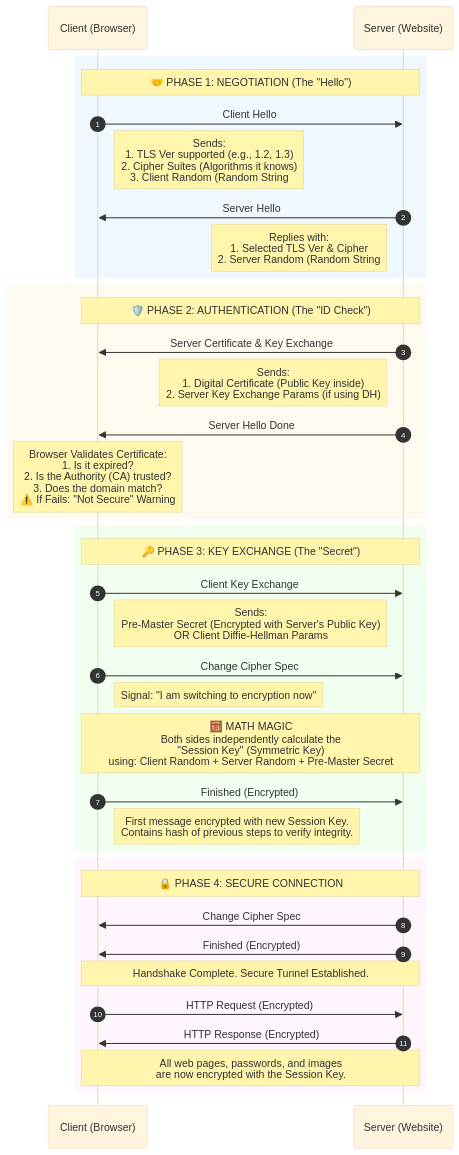
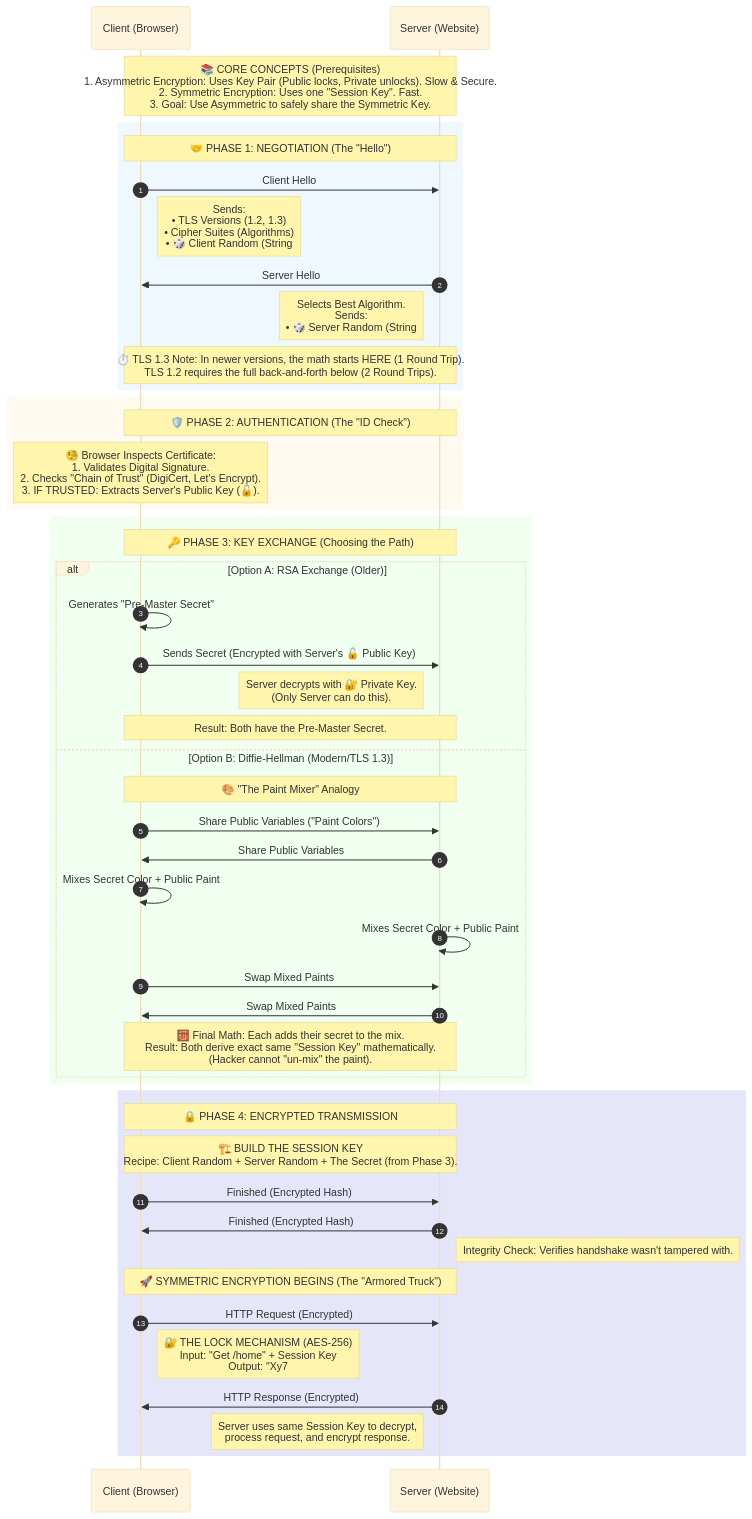
One commit to pritom169/sysdesign changed the sixth of 6 diagrams in README.md. Above: the diagram before and after it, drawn with Mermaid (base theme).

Commit message:
[FIX] Mermaid graph

````diff
--- a/README.md
+++ b/README.md
@@ -1471,59 +1471,69 @@
 ```mermaid
 sequenceDiagram
     autonumber
     participant C as Client (Browser)
     participant S as Server (Website)
 
+    %% CONCEPT DEFINITIONS %%
+    Note over C,S: 📚 CORE CONCEPTS (Prerequisites)<br/>1. Asymmetric Encryption: Uses Key Pair (Public locks, Private unlocks). Slow & Secure.<br/>2. Symmetric Encryption: Uses one "Session Key". Fast.<br/>3. Goal: Use Asymmetric to safely share the Symmetric Key.
+
     %% PHASE 1 %%
     rect rgb(240, 248, 255)
     Note over C,S: 🤝 PHASE 1: NEGOTIATION (The "Hello")
 
     C->>S: Client Hello
-    Note right of C: Sends:<br/>1. TLS Ver supported (e.g., 1.2, 1.3)<br/>2. Cipher Suites (Algorithms it knows)<br/>3. Client Random (Random String #1)
+    Note right of C: Sends:<br/>• TLS Versions (1.2, 1.3)<br/>• Cipher Suites (Algorithms)<br/>• 🎲 Client Random (String #1)
 
     S->>C: Server Hello
-    Note left of S: Replies with:<br/>1. Selected TLS Ver & Cipher<br/>2. Server Random (Random String #2)
+    Note left of S: Selects Best Algorithm.<br/>Sends:<br/>• 🎲 Server Random (String #2)<br/>• 📜 Digital Certificate
+
+    Note over C,S: ⏱️ TLS 1.3 Note: In newer versions, the math starts HERE (1 Round Trip).<br/>TLS 1.2 requires the full back-and-forth below (2 Round Trips).
     end
 
     %% PHASE 2 %%
     rect rgb(255, 250, 240)
     Note over C,S: 🛡️ PHASE 2: AUTHENTICATION (The "ID Check")
 
-    S->>C: Server Certificate & Key Exchange
-    Note left of S: Sends:<br/>1. Digital Certificate (Public Key inside)<br/>2. Server Key Exchange Params (if using DH)
-
-    S->>C: Server Hello Done
-
-    Note over C: Browser Validates Certificate:<br/>1. Is it expired?<br/>2. Is the Authority (CA) trusted?<br/>3. Does the domain match?<br/>⚠️ If Fails: "Not Secure" Warning
+    Note over C: 🧐 Browser Inspects Certificate:<br/>1. Validates Digital Signature.<br/>2. Checks "Chain of Trust" (DigiCert, Let's Encrypt).<br/>3. IF TRUSTED: Extracts Server's Public Key (🔓).
     end
 
     %% PHASE 3 %%
     rect rgb(240, 255, 240)
-    Note over C,S: 🔑 PHASE 3: KEY EXCHANGE (The "Secret")
+    Note over C,S: 🔑 PHASE 3: KEY EXCHANGE (Choosing the Path)
 
-    C->>S: Client Key Exchange
-    Note right of C: Sends:<br/>Pre-Master Secret (Encrypted with Server's Public Key)<br/>OR Client Diffie-Hellman Params
-
-    C->>S: Change Cipher Spec
-    Note right of C: Signal: "I am switching to encryption now"
-
-    Note over C,S: 🧮 MATH MAGIC<br/>Both sides independently calculate the<br/>"Session Key" (Symmetric Key)<br/>using: Client Random + Server Random + Pre-Master Secret
-
-    C->>S: Finished (Encrypted)
-    Note right of C: First message encrypted with new Session Key.<br/>Contains hash of previous steps to verify integrity.
+    alt Option A: RSA Exchange (Older)
+        C->>C: Generates "Pre-Master Secret"
+        C->>S: Sends Secret (Encrypted with Server's 🔓 Public Key)
+        Note left of S: Server decrypts with 🔐 Private Key.<br/>(Only Server can do this).
+        Note over C,S: Result: Both have the Pre-Master Secret.
+    else Option B: Diffie-Hellman (Modern/TLS 1.3)
+        Note over C,S: 🎨 "The Paint Mixer" Analogy
+        C->>S: Share Public Variables ("Paint Colors")
+        S->>C: Share Public Variables
+        C->>C: Mixes Secret Color + Public Paint
+        S->>S: Mixes Secret Color + Public Paint
+        C->>S: Swap Mixed Paints
+        S->>C: Swap Mixed Paints
+        Note over C,S: 🧮 Final Math: Each adds their secret to the mix.<br/>Result: Both derive exact same "Session Key" mathematically.<br/>(Hacker cannot "un-mix" the paint).
+    end
     end
 
     %% PHASE 4 %%
-    rect rgb(255, 245, 255)
-    Note over C,S: 🔒 PHASE 4: SECURE CONNECTION
+    rect rgb(230, 230, 250)
+    Note over C,S: 🔒 PHASE 4: ENCRYPTED TRANSMISSION
 
-    S->>C: Change Cipher Spec
-    S->>C: Finished (Encrypted)
+    Note over C,S: 🏗️ BUILD THE SESSION KEY<br/>Recipe: Client Random + Server Random + The Secret (from Phase 3).
 
-    Note over C,S: Handshake Complete. Secure Tunnel Established.
+    C->>S: Finished (Encrypted Hash)
+    S->>C: Finished (Encrypted Hash)
+    Note right of S: Integrity Check: Verifies handshake wasn't tampered with.
+
+    Note over C,S: 🚀 SYMMETRIC ENCRYPTION BEGINS (The "Armored Truck")
 
     C->>S: HTTP Request (Encrypted)
+    Note right of C: 🔐 THE LOCK MECHANISM (AES-256)<br/>Input: "Get /home" + Session Key<br/>Output: "Xy7#b9@z" (Ciphertext)<br/>Security: 2^256 combinations (Universe Age to crack).
+
     S->>C: HTTP Response (Encrypted)
-    Note over C,S: All web pages, passwords, and images<br/>are now encrypted with the Session Key.
+    Note left of S: Server uses same Session Key to decrypt,<br/>process request, and encrypt response.
     end
 ```
````
